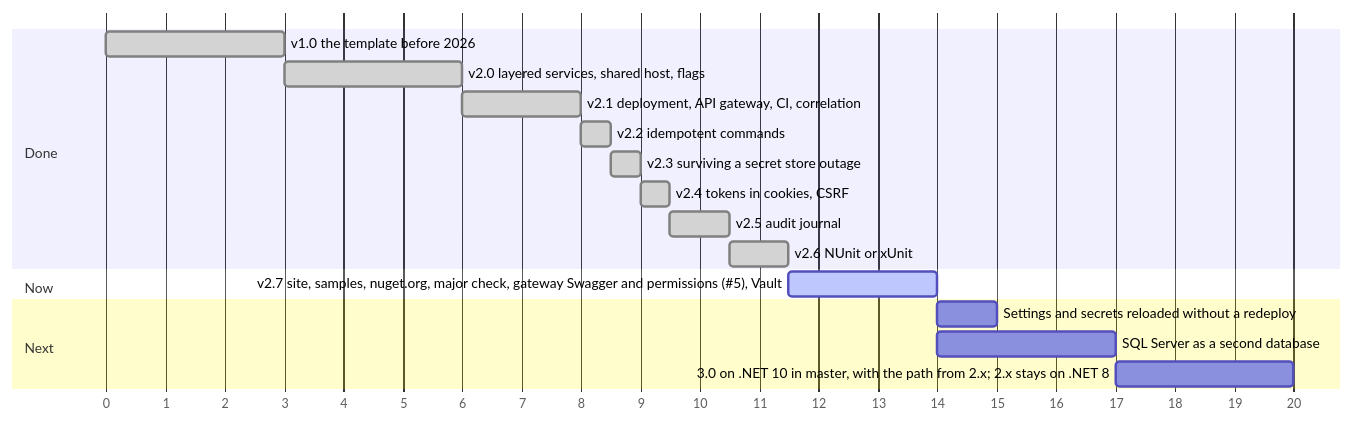
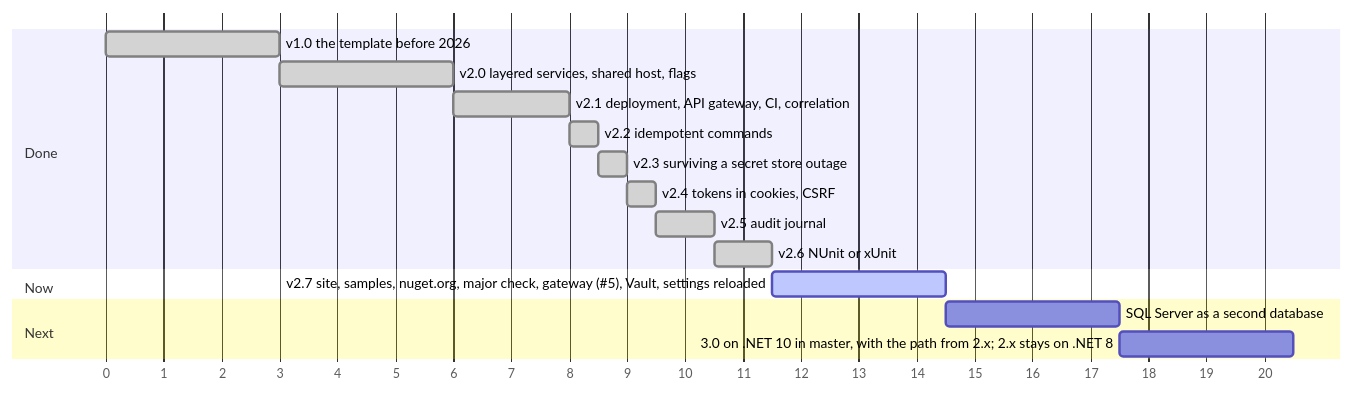
The diagram in docs/roadmap.md (Vovanda/DotNetSolutionKit), drawn with Mermaid before and after one commit. The commit also changed 16 other files, not shown here.

First line of the commit message:
feat: settings change without a redeploy where they are read on each use

````diff
--- a/docs/roadmap.md
+++ b/docs/roadmap.md
@@ -5,24 +5,23 @@
 ```mermaid
 gantt
     dateFormat X
     axisFormat %s
     tickInterval 1second
 
     section Done
     v1.0 the template before 2026                         :done, s1, 0, 3000ms
     v2.0 layered services, shared host, flags             :done, s2, after s1, 3000ms
     v2.1 deployment, API gateway, CI, correlation         :done, s3, after s2, 2000ms
     v2.2 idempotent commands                              :done, s4, after s3, 500ms
     v2.3 surviving a secret store outage                  :done, s5, after s4, 500ms
     v2.4 tokens in cookies, CSRF                          :done, s6, after s5, 500ms
     v2.5 audit journal                                    :done, s7, after s6, 1000ms
     v2.6 NUnit or xUnit                                   :done, s8, after s7, 1000ms
 
     section Now
-    v2.7 site, samples, nuget.org, major check, gateway Swagger and permissions (#5), Vault :active, s9, after s8, 2500ms
+    v2.7 site, samples, nuget.org, major check, gateway (#5), Vault, settings reloaded :active, s9, after s8, 3000ms
 
     section Next
-    Settings and secrets reloaded without a redeploy      :s13, after s9, 1000ms
     SQL Server as a second database                       :s14, after s9, 3000ms
-    3.0 on .NET 10 in master, with the path from 2.x; 2.x stays on .NET 8 :s15, after s13 s14, 3000ms
+    3.0 on .NET 10 in master, with the path from 2.x; 2.x stays on .NET 8 :s15, after s14, 3000ms
 ```
````
